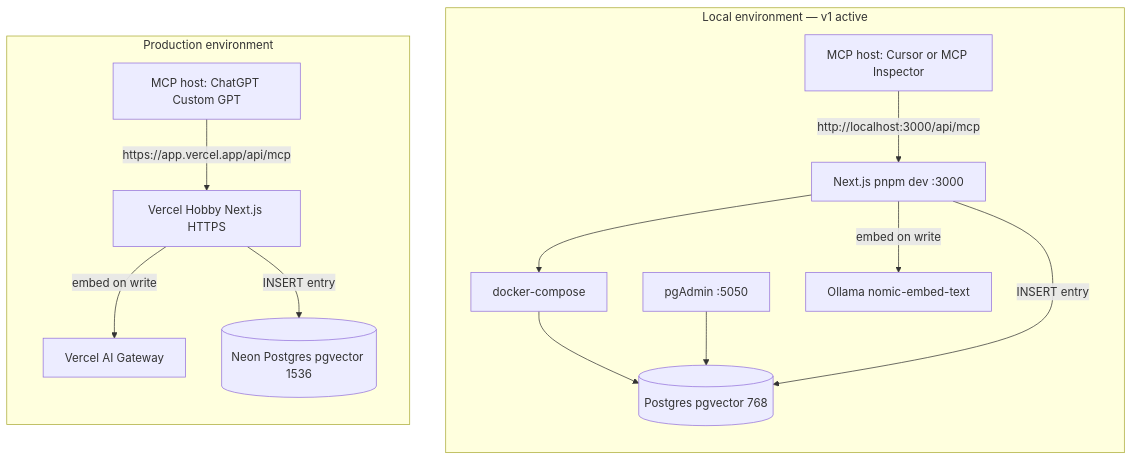
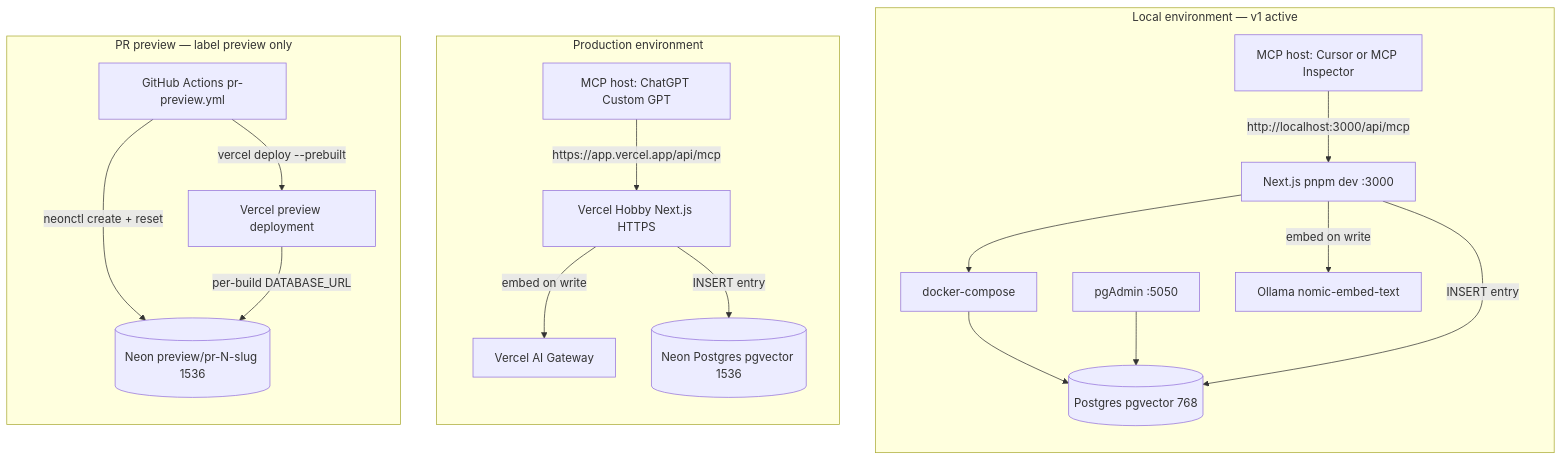
The first of 7 diagrams in ARCHITECTURE.md (roussakov/journal), drawn with Mermaid before and after one commit. The commit also changed other lines of this file and 12 other files, not shown here.

First line of the commit message:
feat(ci): add label-gated pr preview environments (#7)

````diff
--- a/ARCHITECTURE.md
+++ b/ARCHITECTURE.md
@@ -9,31 +9,42 @@
 ```mermaid
 flowchart TB
   subgraph localEnv [Local environment — v1 active]
     direction TB
     LocalHost["MCP host: Cursor or MCP Inspector"]
     LocalApp["Next.js pnpm dev :3000"]
     LocalDocker["docker-compose"]
     LocalPG[(Postgres pgvector 768)]
     LocalOllama[Ollama nomic-embed-text]
     LocalPgAdmin[pgAdmin :5050]
 
     LocalHost -->|"http://localhost:3000/api/mcp"| LocalApp
     LocalApp --> LocalDocker
     LocalDocker --> LocalPG
     LocalPgAdmin --> LocalPG
     LocalApp -->|"embed on write"| LocalOllama
     LocalApp -->|"INSERT entry"| LocalPG
   end
 
   subgraph prodEnv [Production environment]
     direction TB
     ProdHost["MCP host: ChatGPT Custom GPT"]
     ProdApp["Vercel Hobby Next.js HTTPS"]
     ProdNeon[(Neon Postgres pgvector 1536)]
     ProdGateway["Vercel AI Gateway"]
 
     ProdHost -->|"https://app.vercel.app/api/mcp"| ProdApp
     ProdApp -->|"embed on write"| ProdGateway
     ProdApp -->|"INSERT entry"| ProdNeon
   end
+
+  subgraph previewEnv [PR preview — label preview only]
+    direction TB
+    PreviewGHA["GitHub Actions pr-preview.yml"]
+    PreviewApp["Vercel preview deployment"]
+    PreviewNeon[(Neon preview/pr-N-slug 1536)]
+
+    PreviewGHA -->|"vercel deploy --prebuilt"| PreviewApp
+    PreviewGHA -->|"neonctl create + reset"| PreviewNeon
+    PreviewApp -->|"per-build DATABASE_URL"| PreviewNeon
+  end
 ```
````
